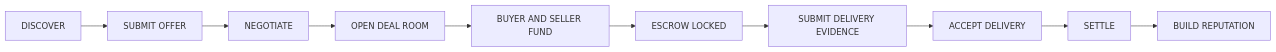
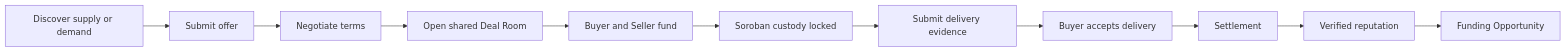
Before and after one commit to dwikabimantara99/settleway: the first of 2 diagrams in README.md, drawn with Mermaid. The commit also changed other lines of this file, not shown here.

````diff
--- a/README.md
+++ b/README.md
@@ -62,12 +57,13 @@
 ```mermaid
 flowchart LR
-    A[DISCOVER] --> B[SUBMIT OFFER]
-    B --> C[NEGOTIATE]
-    C --> D[OPEN DEAL ROOM]
-    D --> E[BUYER AND SELLER FUND]
-    E --> F[ESCROW LOCKED]
-    F --> G[SUBMIT DELIVERY EVIDENCE]
-    G --> H[ACCEPT DELIVERY]
-    H --> I[SETTLE]
-    I --> J[BUILD REPUTATION]
+    A[Discover supply or demand] --> B[Submit offer]
+    B --> C[Negotiate terms]
+    C --> D[Open shared Deal Room]
+    D --> E[Buyer and Seller fund]
+    E --> F[Soroban custody locked]
+    F --> G[Submit delivery evidence]
+    G --> H[Buyer accepts delivery]
+    H --> I[Settlement]
+    I --> J[Verified reputation]
+    J --> K[Funding Opportunity]
 ```
````
